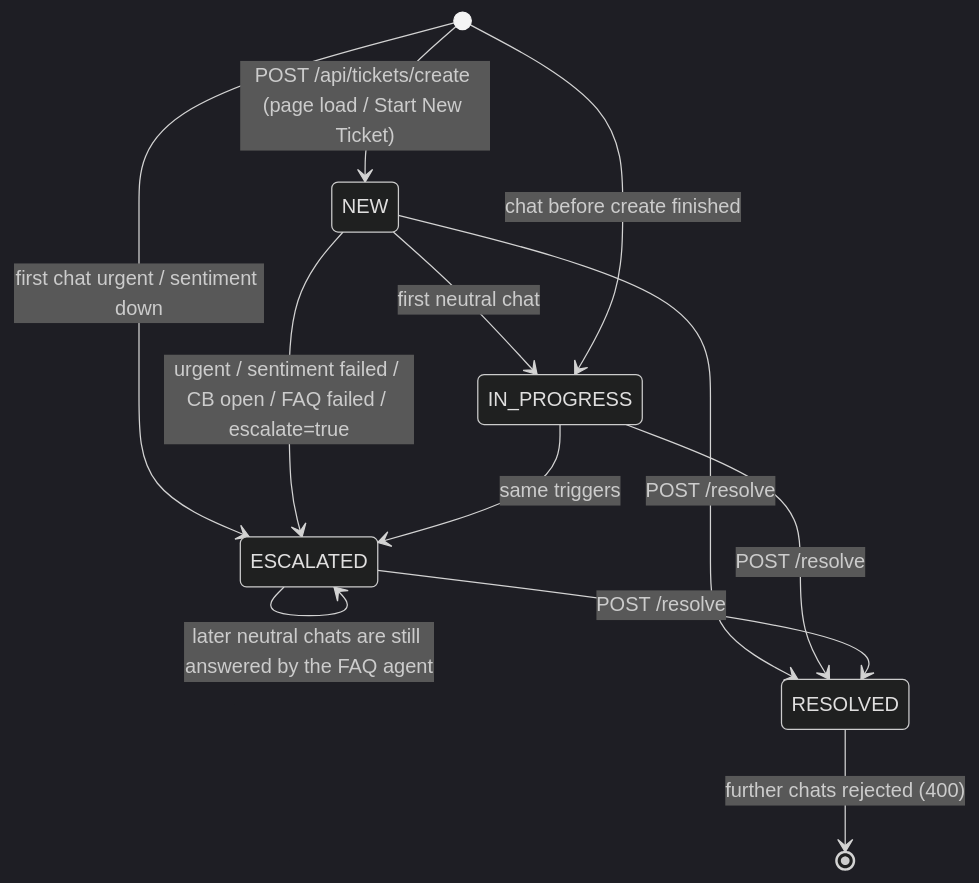
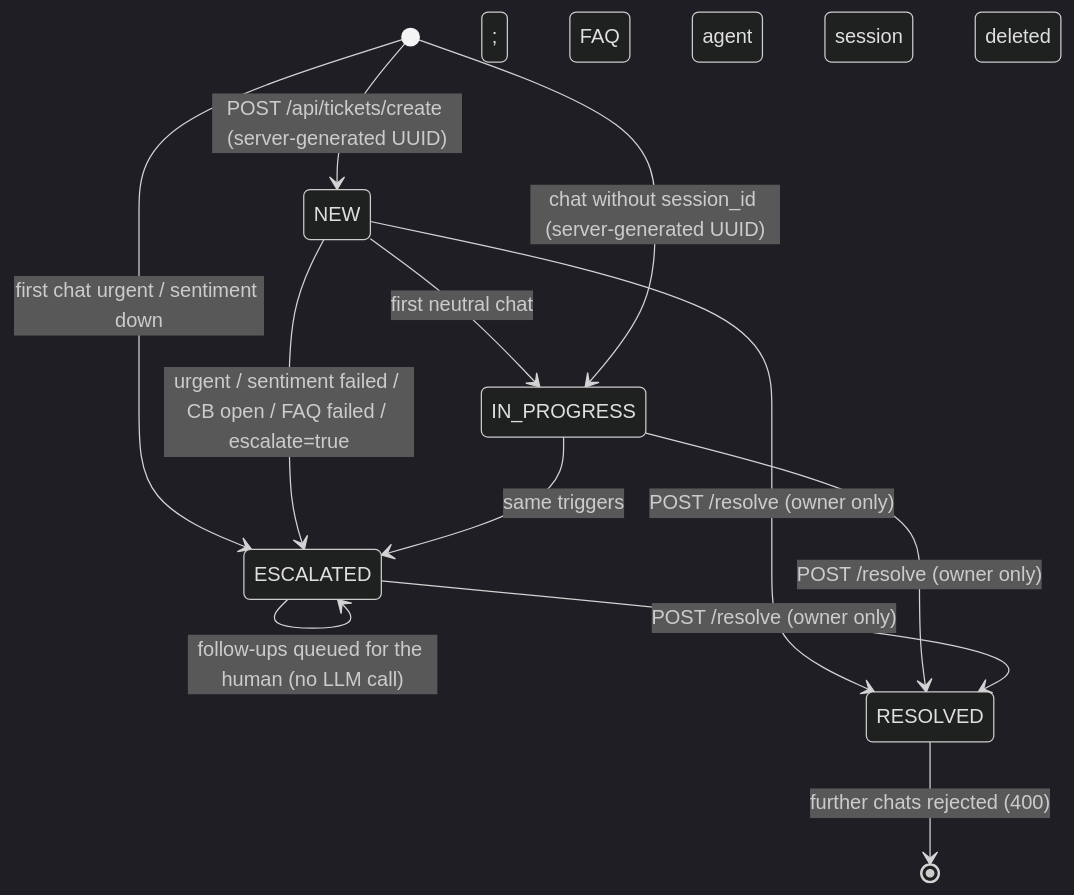
The third of 6 diagrams in docs/SYSTEM_ANALYSIS.md (jiahaoliu-google/fde_support), drawn with Mermaid (dark theme) before and after one commit. The commit also changed other lines of this file and 22 other files, not shown here.

````diff
--- a/docs/SYSTEM_ANALYSIS.md
+++ b/docs/SYSTEM_ANALYSIS.md
@@ -81,14 +113,14 @@
 ```mermaid
 stateDiagram-v2
-    [*] --> NEW: POST /api/tickets/create (page load / Start New Ticket)
+    [*] --> NEW: POST /api/tickets/create (server-generated UUID)
     NEW --> IN_PROGRESS: first neutral chat
-    [*] --> IN_PROGRESS: chat before create finished
+    [*] --> IN_PROGRESS: chat without session_id (server-generated UUID)
     [*] --> ESCALATED: first chat urgent / sentiment down
     NEW --> ESCALATED: urgent / sentiment failed / CB open / FAQ failed / escalate=true
     IN_PROGRESS --> ESCALATED: same triggers
-    ESCALATED --> ESCALATED: later neutral chats are still answered by the FAQ agent
-    NEW --> RESOLVED: POST /resolve
-    IN_PROGRESS --> RESOLVED: POST /resolve
-    ESCALATED --> RESOLVED: POST /resolve
-    RESOLVED --> [*]: further chats rejected (400)
+    ESCALATED --> ESCALATED: follow-ups queued for the human (no LLM call)
+    NEW --> RESOLVED: POST /resolve (owner only)
+    IN_PROGRESS --> RESOLVED: POST /resolve (owner only)
+    ESCALATED --> RESOLVED: POST /resolve (owner only)
+    RESOLVED --> [*]: further chats rejected (400); FAQ agent session deleted
 ```
````
